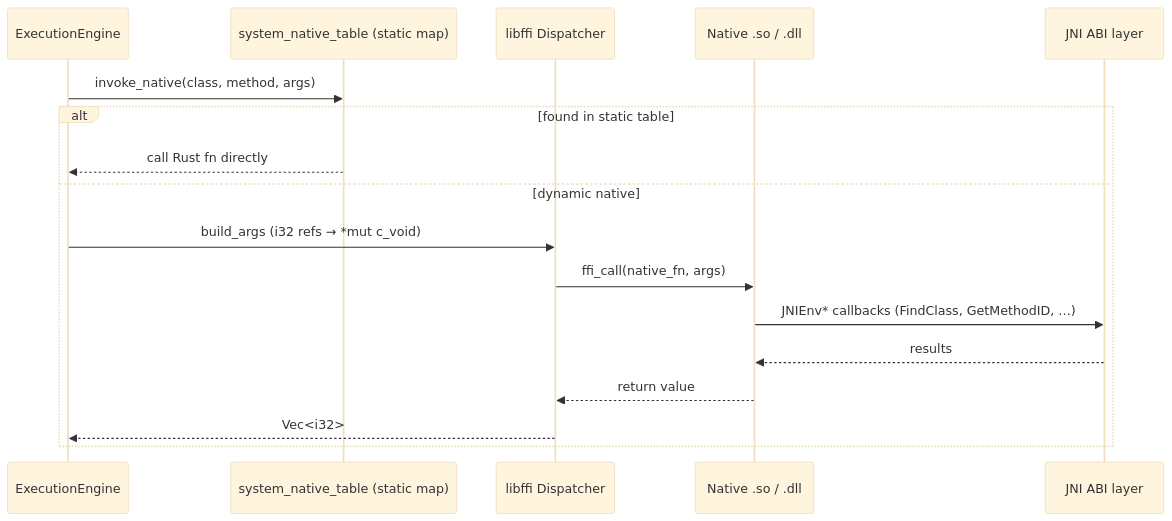
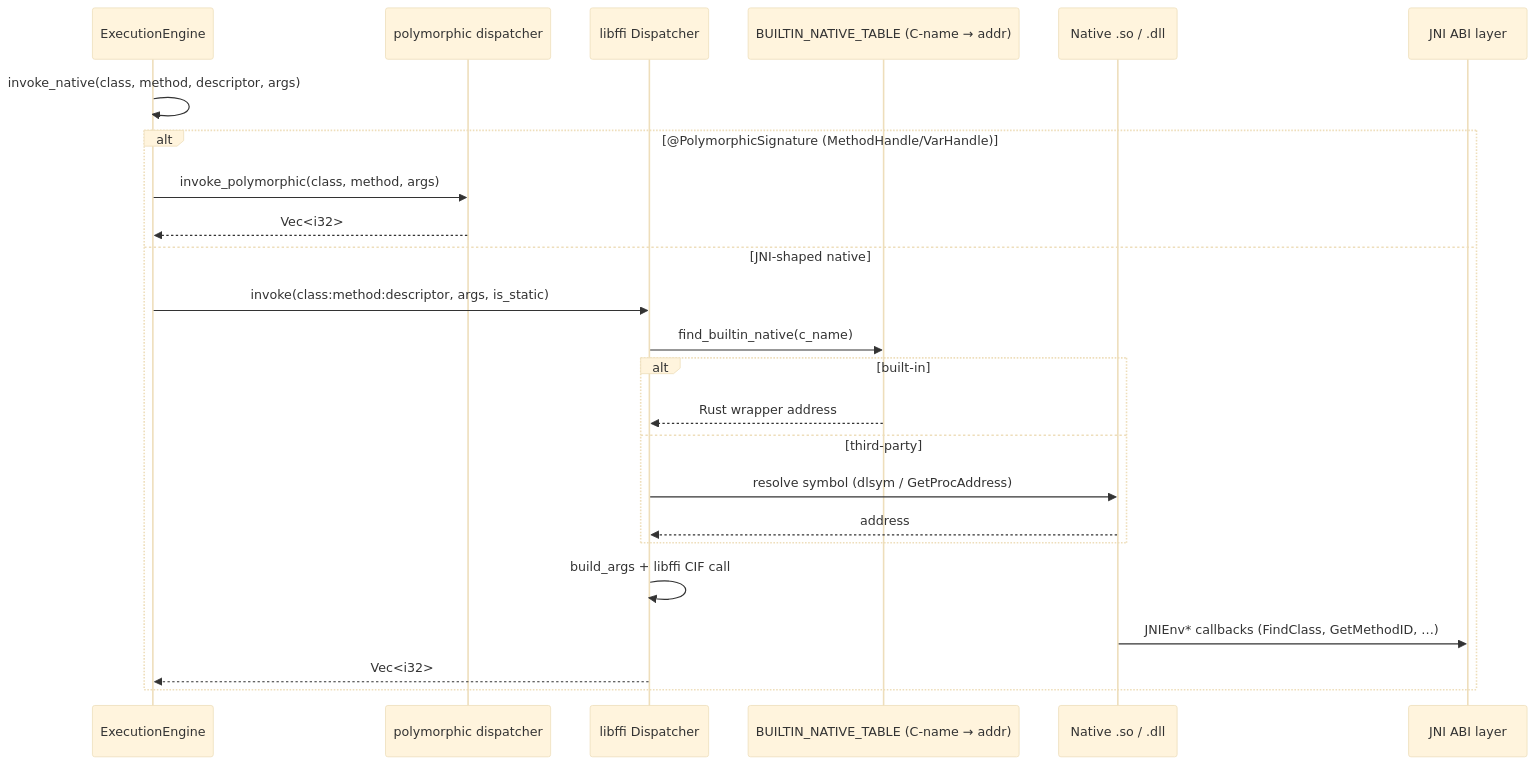
One commit to hextriclosan/rusty-jvm changed the sixth of 6 diagrams in docs/architecture.md. Above: the diagram before and after it, drawn with Mermaid (base theme). The commit also changed other lines of this file and 10 other files, not shown here.

````diff
--- a/docs/architecture.md
+++ b/docs/architecture.md
@@ -180,20 +184,27 @@
 ```mermaid
 sequenceDiagram
     participant EE as ExecutionEngine
-    participant SNT as system_native_table (static map)
+    participant POLY as polymorphic dispatcher
     participant DISP as libffi Dispatcher
+    participant REG as BUILTIN_NATIVE_TABLE (C-name → addr)
     participant NLIB as Native .so / .dll
     participant JNI as JNI ABI layer
 
-    EE->>SNT: invoke_native(class, method, args)
-    alt found in static table
-        SNT-->>EE: call Rust fn directly
-    else dynamic native
-        EE->>DISP: build_args (i32 refs → *mut c_void)
-        DISP->>NLIB: ffi_call(native_fn, args)
+    EE->>EE: invoke_native(class, method, descriptor, args)
+    alt @PolymorphicSignature (MethodHandle/VarHandle)
+        EE->>POLY: invoke_polymorphic(class, method, args)
+        POLY-->>EE: Vec<i32>
+    else JNI-shaped native
+        EE->>DISP: invoke(class:method:descriptor, args, is_static)
+        DISP->>REG: find_builtin_native(c_name)
+        alt built-in
+            REG-->>DISP: Rust wrapper address
+        else third-party
+            DISP->>NLIB: resolve symbol (dlsym / GetProcAddress)
+            NLIB-->>DISP: address
+        end
+        DISP->>DISP: build_args + libffi CIF call
         NLIB->>JNI: JNIEnv* callbacks (FindClass, GetMethodID, …)
-        JNI-->>NLIB: results
-        NLIB-->>DISP: return value
         DISP-->>EE: Vec<i32>
     end
 ```
````
